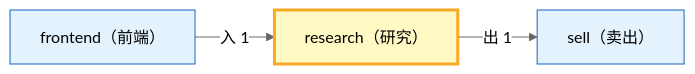
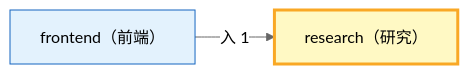
The second of 2 diagrams in docs/02_enterprise_architecture/06_decision_architecture/09_decision_l2a_research.md (xuanFelixVan/ZephyrAlpha), drawn with Mermaid (neutral theme) before and after one commit. The commit also changed other lines of this file and 24 other files, not shown here.

First line of the commit message:
docs(architecture): 重生4个生成器输出（sys.path修复后首次干净重生）

````diff
--- a/docs/02_enterprise_architecture/06_decision_architecture/09_decision_l2a_research.md
+++ b/docs/02_enterprise_architecture/06_decision_architecture/09_decision_l2a_research.md
@@ -105,11 +98,9 @@
 ```mermaid
 flowchart LR
     SELF["research（研究）"]:::selfDomain
-    EXT_sell["sell（卖出）"]:::extDomain
-    SELF -->|出 1| EXT_sell
     EXT_frontend["frontend（前端）"]:::extDomain
     EXT_frontend -->|入 1| SELF
 
     classDef selfDomain fill:#fff9c4,stroke:#f9a825,stroke-width:3px,color:#000
     classDef extDomain fill:#e3f2fd,stroke:#1565c0,stroke-width:1px,color:#000
 ```
````
